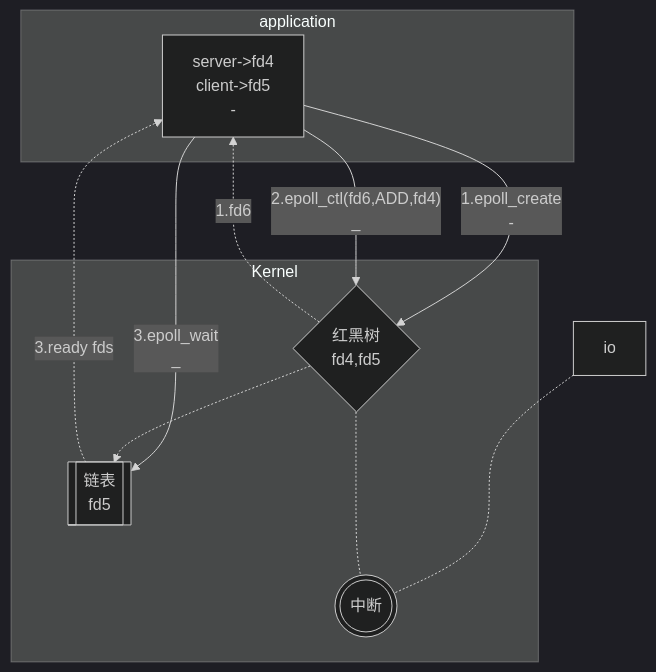
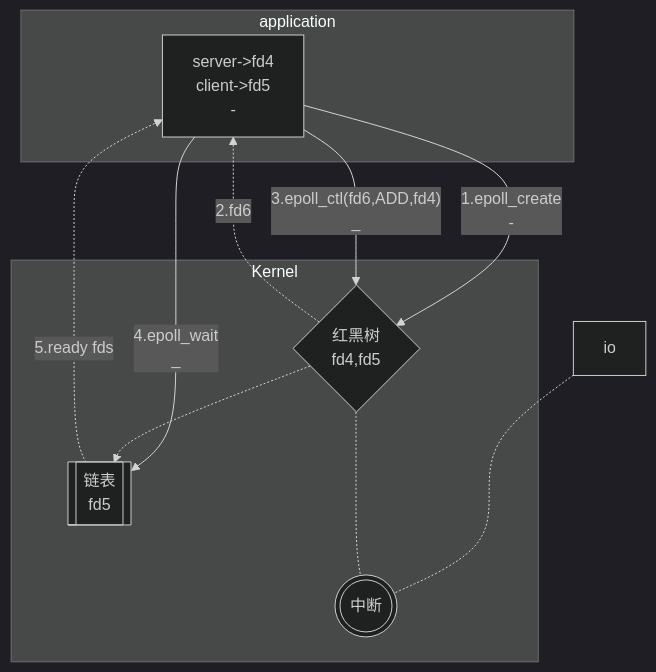
Before and after one commit to yxlaisj/ynet: the fifth of 5 diagrams in Writerside/topics/io-model.md, drawn with Mermaid (dark theme).

Commit message:
修改文档格式

````diff
--- a/Writerside/topics/io-model.md
+++ b/Writerside/topics/io-model.md
@@ -120,27 +120,27 @@
 ```mermaid
 flowchart TD
     client--"1.epoll_create\n-"-->redblacktree
-    redblacktree-."1.fd6".->client
+    redblacktree-."2.fd6".->client
 
-    client--"2.epoll_ctl(fd6,ADD,fd4)\n_"-->redblacktree
+    client--"3.epoll_ctl(fd6,ADD,fd4)\n_"-->redblacktree
 
-    client--3.epoll_wait\n_-->linklist
-    linklist-."3.ready fds".->client
+    client--4.epoll_wait\n_-->linklist
+    linklist-."5.ready fds".->client
 
     io-..-int
     
     subgraph Kernel
         redblacktree{"红黑树\nfd4,fd5"}
         linklist[[链表\nfd5]]
         redblacktree-.->linklist
 
         redblacktree-..-int
         int(((中断)))
         
        
     end
 
     subgraph application
         client["server->fd4\nclient->fd5\n-"]
     end
 ```
````
